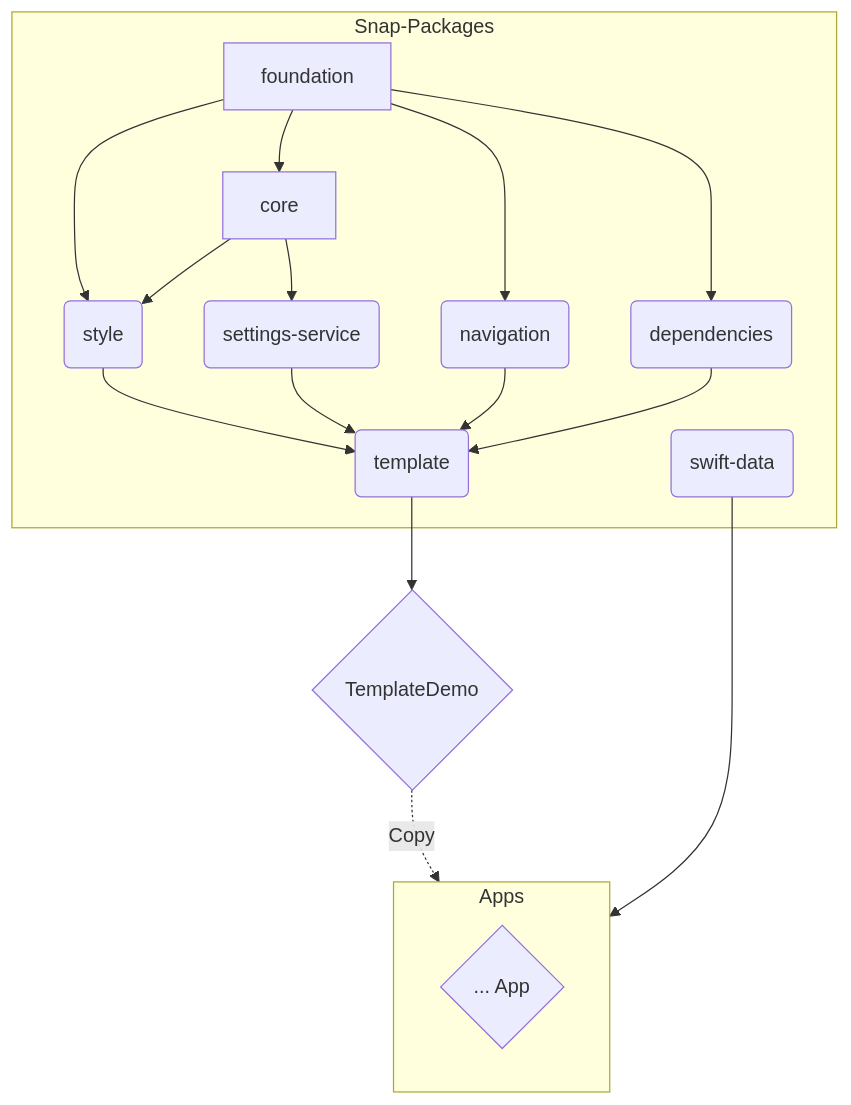
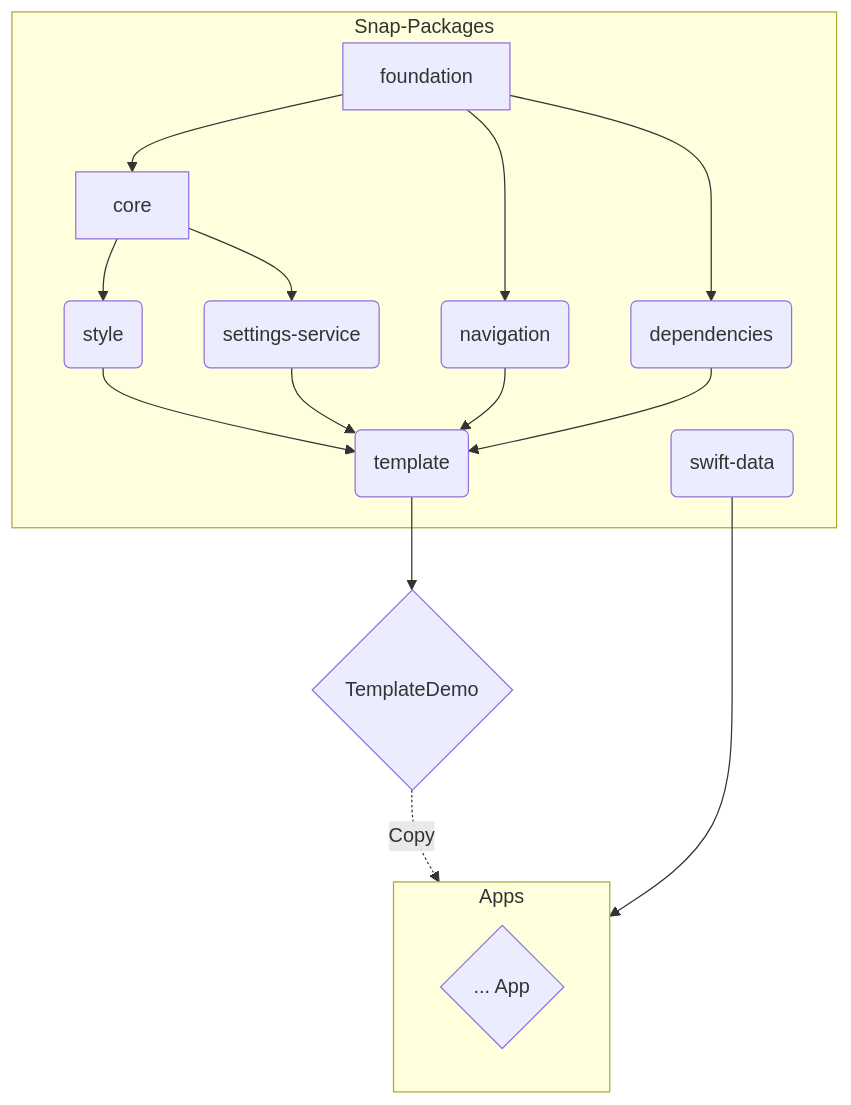
The diagram in README.md (simonnickel/snap), drawn with Mermaid before and after one commit.

Commit message:
Update package graph

````diff
--- a/README.md
+++ b/README.md
@@ -26,38 +26,37 @@
 ```mermaid
 flowchart TD
 
     subgraph Snap-Packages
     C1[foundation]
     C2[core]
     M2(style)
     M3(settings-service)
     M4(navigation)
     M5(dependencies)
     M6(swift-data)
     M1(template)
     end
     
     A1{TemplateDemo}
 
     subgraph Apps
     A3{... App}
     end
 
     C1 --> C2
-    C1 --> M2
     C1 --> M4
     C1 --> M5
 
     C2 --> M2
     C2 --> M3
 
     M2 --> M1
     M3 --> M1
     M4 --> M1
     M5 --> M1
 
     M1 --> A1
 
     A1 -.->|Copy| Apps
     M6 --> Apps
 ```
````
